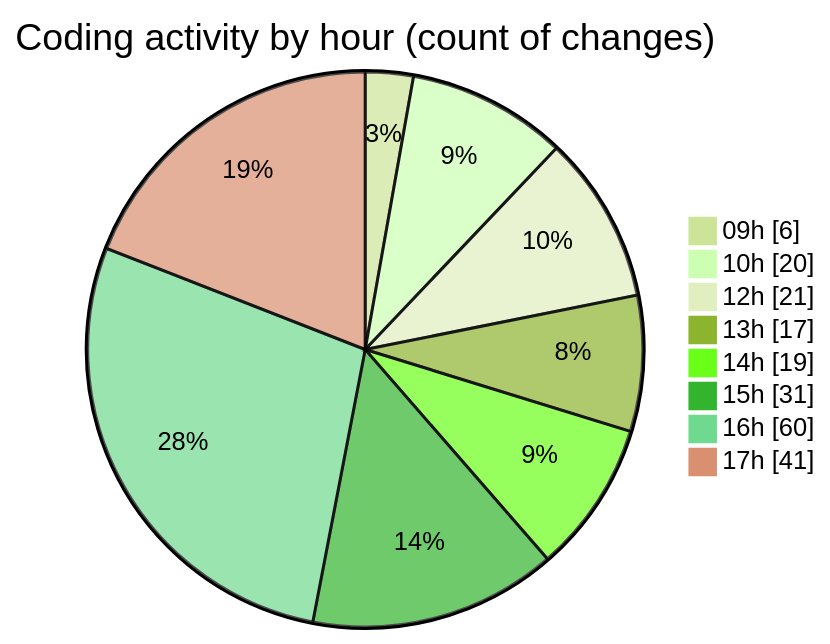
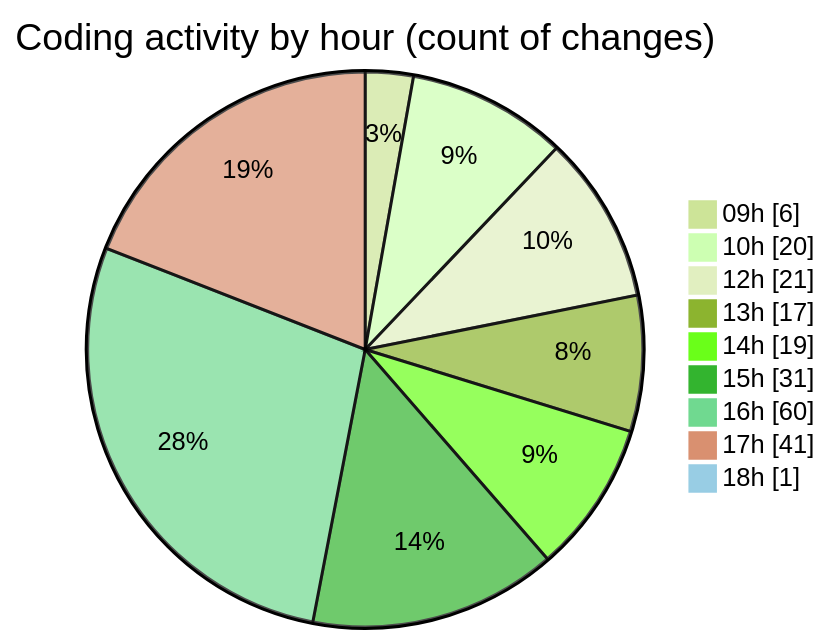
Before and after one commit to becaeroporto-bot/code-tracking: the second of 2 diagrams in 2026-02-18/bot_v1_2/README.md, drawn with Mermaid (forest theme). The commit also changed other lines of this file and 1 other file, not shown here.

````diff
--- a/2026-02-18/bot_v1_2/README.md
+++ b/2026-02-18/bot_v1_2/README.md
@@ -57,12 +57,13 @@
 ```mermaid
 pie showData
 title Coding activity by hour (count of changes)
 "09h" : 6
 "10h" : 20
 "12h" : 21
 "13h" : 17
 "14h" : 19
 "15h" : 31
 "16h" : 60
 "17h" : 41
+"18h" : 1
 ```
````
